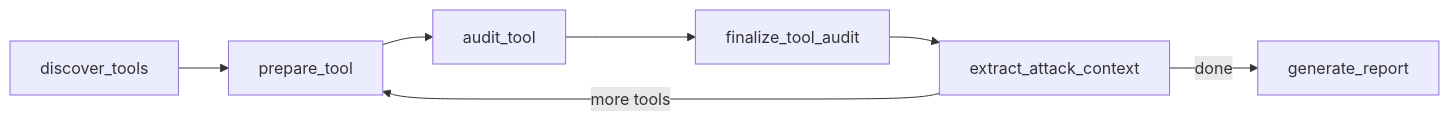
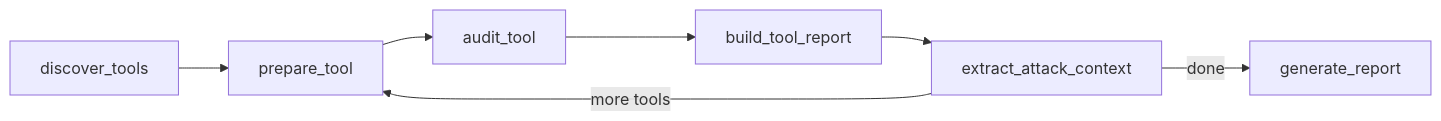
One commit to mkrtchian/mcp-auditor changed the first of 2 diagrams in README.md. Above: the diagram before and after it, drawn with Mermaid. The commit also changed 5 other files, not shown here.

First line of the commit message:
refactor(graph): rename finalize_tool_audit to build_tool_report

````diff
--- a/README.md
+++ b/README.md
@@ -50,9 +50,9 @@
 ```mermaid
 graph LR
     A[discover_tools] --> B[prepare_tool]
     B --> C[audit_tool]
-    C --> D[finalize_tool_audit]
+    C --> D[build_tool_report]
     D --> E[extract_attack_context]
     E -->|more tools| B
     E -->|done| F[generate_report]
 ```
````
